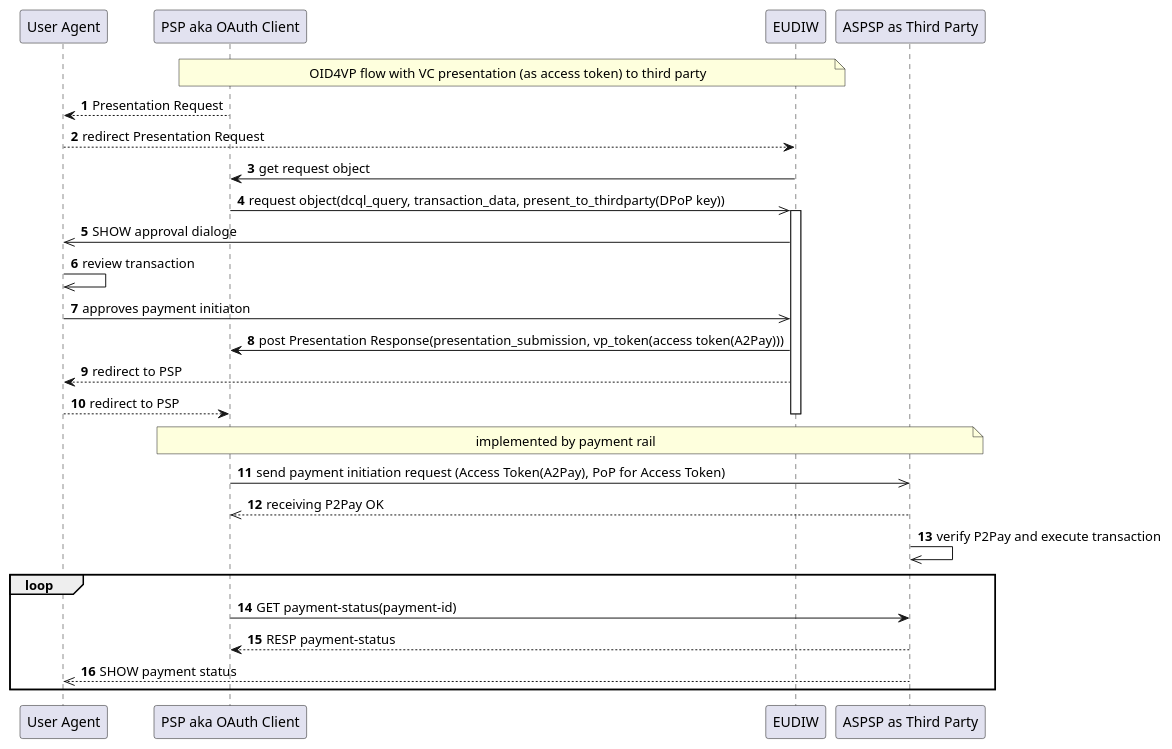
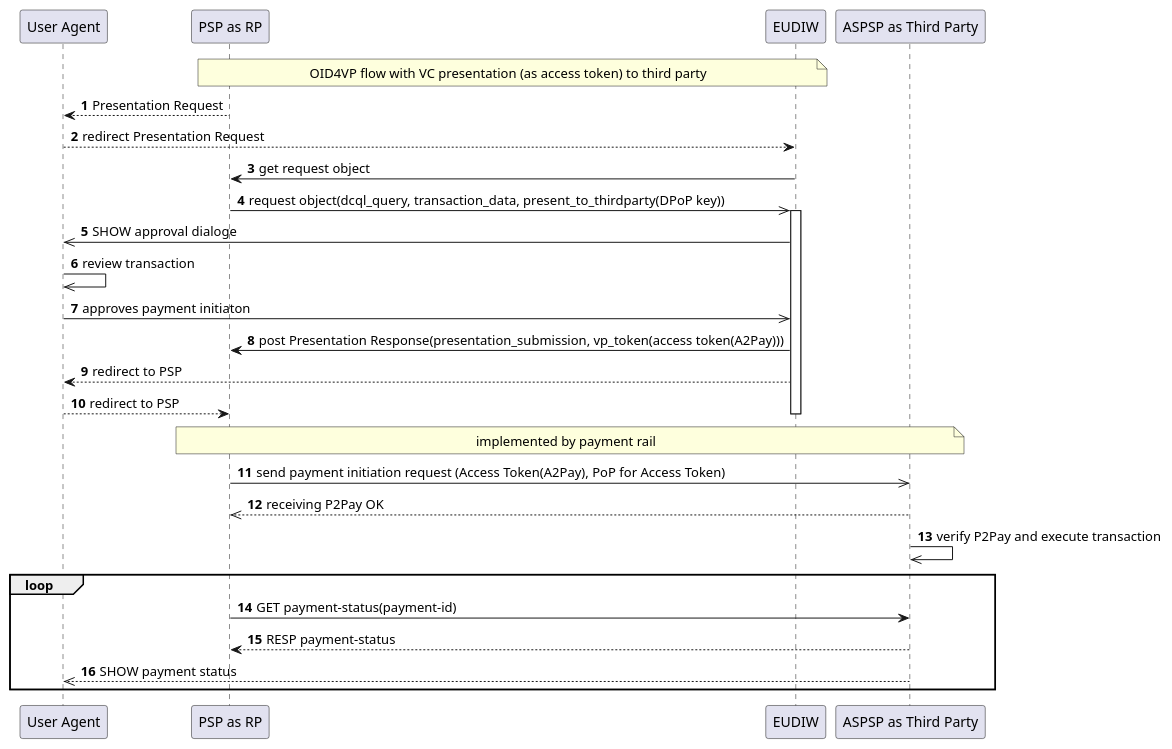
Before and after one commit to tlodderstedt/eudiw_advanced: the diagram in payment/delegated_sca/delegated_sca.plantuml, drawn with PlantUML. The commit also changed 1 other file, not shown here.

```diff
--- a/payment/delegated_sca/delegated_sca.plantuml
+++ b/payment/delegated_sca/delegated_sca.plantuml
@@ -2,32 +2,32 @@
 @startuml
     autonumber
     participant user as "User Agent"
-    participant psp as "PSP aka OAuth Client"
+    participant psp as "PSP as RP"
     participant wallet as "EUDIW"
     participant aspsp as "ASPSP as Third Party"
 
     note over wallet, psp: OID4VP flow with VC presentation (as access token) to third party
     psp --> user: Presentation Request 
     user --> wallet: redirect Presentation Request 
     wallet -> psp: get request object 
     psp ->> wallet: request object(dcql_query, transaction_data, present_to_thirdparty(DPoP key))
     activate wallet
     wallet ->> user: SHOW approval dialoge
     user ->> user: review transaction
     user ->> wallet: approves payment initiaton
     wallet -> psp: post Presentation Response(presentation_submission, vp_token(access token(A2Pay)))
     wallet --> user: redirect to PSP
     user --> psp: redirect to PSP
     deactivate wallet
   
     note over psp, aspsp: implemented by payment rail 
     psp ->> aspsp: send payment initiation request (Access Token(A2Pay), PoP for Access Token)
     aspsp -->> psp: receiving P2Pay OK
 
     aspsp ->> aspsp: verify P2Pay and execute transaction
     loop
     psp -> aspsp: GET payment-status(payment-id)
     aspsp --> psp: RESP payment-status
     aspsp -->> user: SHOW payment status
     end
 @enduml
```
